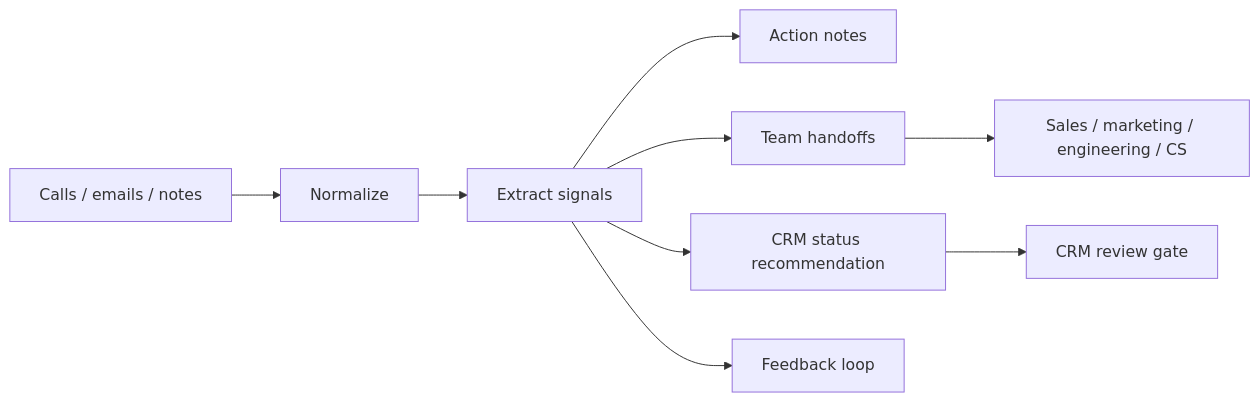
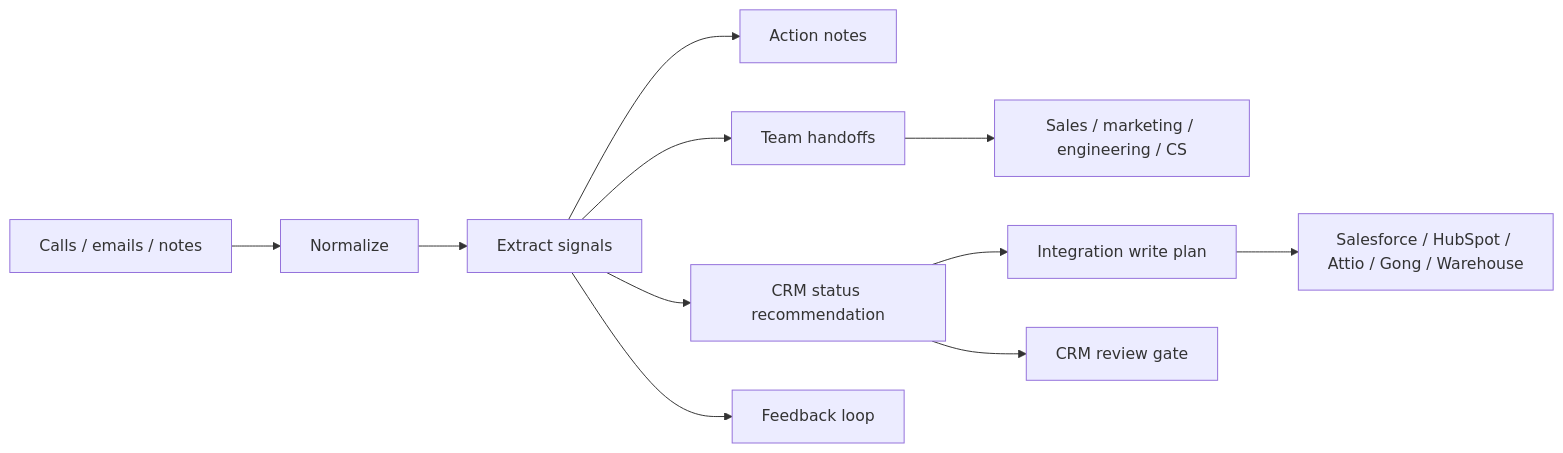
The diagram in docs/architecture.md (TTR-agent/client-communications-to-crm-public-showcase), drawn with Mermaid before and after one commit. The commit also changed other lines of this file and 8 other files, not shown here.

````diff
--- a/docs/architecture.md
+++ b/docs/architecture.md
@@ -16,11 +17,13 @@
 ```mermaid
 flowchart LR
   A["Calls / emails / notes"] --> B["Normalize"]
   B --> C["Extract signals"]
   C --> D["Action notes"]
   C --> E["Team handoffs"]
   C --> F["CRM status recommendation"]
   C --> G["Feedback loop"]
+  F --> J["Integration write plan"]
   E --> H["Sales / marketing / engineering / CS"]
   F --> I["CRM review gate"]
+  J --> K["Salesforce / HubSpot / Attio / Gong / Warehouse"]
 ```
````
